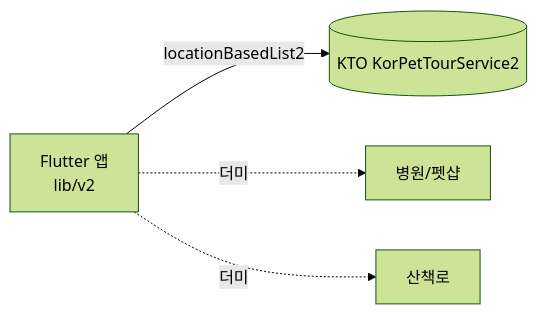
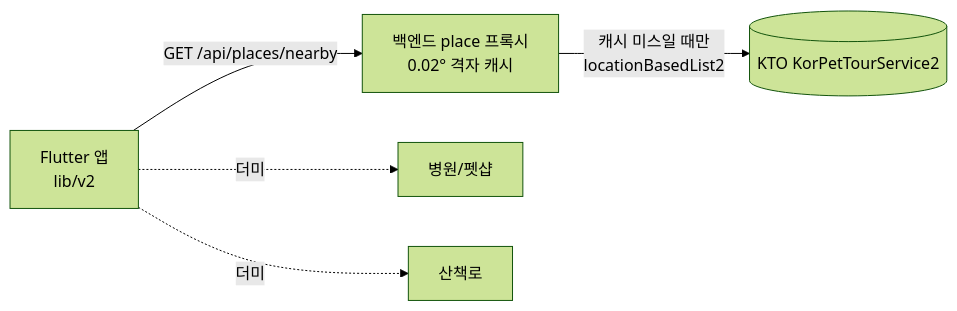
One commit to sanghyunbang/pawloop changed the first of 2 diagrams in docs/02-architecture/external-data.md. Above: the diagram before and after it, drawn with Mermaid (forest theme). The commit also changed 16 other files, not shown here.

````diff
--- a/docs/02-architecture/external-data.md
+++ b/docs/02-architecture/external-data.md
@@ -213,6 +213,7 @@
 ```mermaid
 flowchart LR
-  App[Flutter 앱\nlib/v2] -->|locationBasedList2| KTO[(KTO KorPetTourService2)]
+  App[Flutter 앱\nlib/v2] -->|GET /api/places/nearby| BE[백엔드 place 프록시\n0.02° 격자 캐시]
+  BE -->|캐시 미스일 때만\nlocationBasedList2| KTO[(KTO KorPetTourService2)]
   App -. 더미 .-> Vet[병원/펫샵]
   App -. 더미 .-> Trail[산책로]
 ```
````
